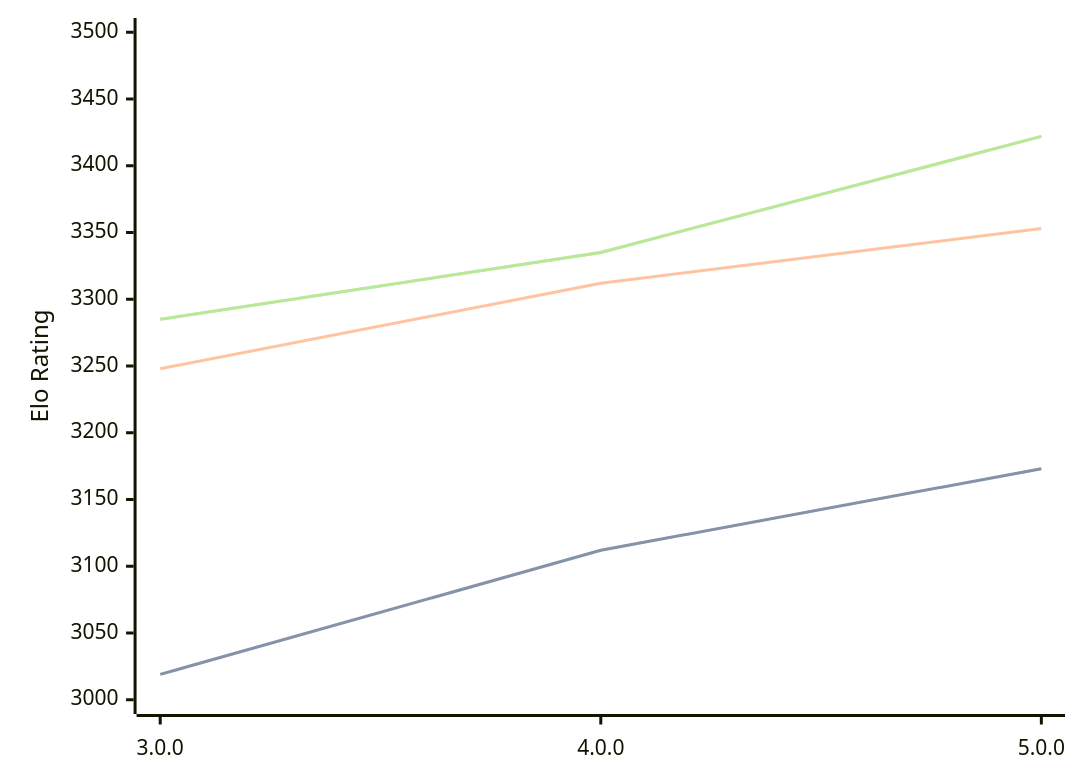
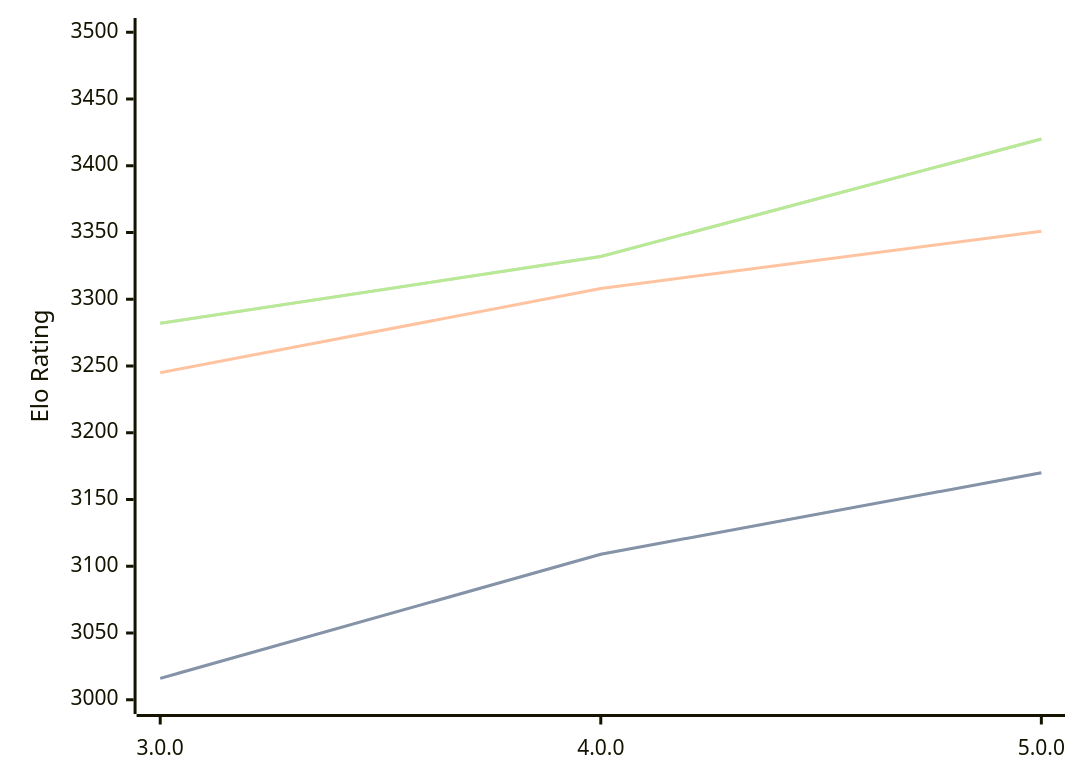
The diagram in engines/Minke.md (computer-chess-index/cci), drawn with Mermaid before and after one commit. The commit also changed other lines of this file, not shown here.

Commit message:
Update CCI Ratings (ELO VLTC) - 2026-04-23

````diff
--- a/engines/Minke.md
+++ b/engines/Minke.md
@@ -35,11 +35,11 @@
 ```mermaid
 %%{init: {"theme":"base","themeVariables":{"seriesColors:['#a3a3a3','#222221','#faa371']}}}%%
 xychart-beta
   x-axis ["3.0.0", "4.0.0", "5.0.0"]
   y-axis "Elo Rating" 3000 --> 3500
-  line "STC (8.0+0.08s)" [3019, 3112, 3173]
-  line "STC (8.0+0.08s)" [3019, 3112, 3173]
-  line "LTC (60.0+0.60s)" [3248, 3312, 3353]
-  line "VLTC (2m24s+1.12s)" [3285, 3335, 3422]
-  line "VLTC (2m24s+1.12s)" [3285, 3335, 3422]
+  line "STC (8.0+0.08s)" [3016, 3109, 3170]
+  line "STC (8.0+0.08s)" [3016, 3109, 3170]
+  line "LTC (60.0+0.60s)" [3245, 3308, 3351]
+  line "VLTC (2m24s+1.12s)" [3282, 3332, 3420]
+  line "VLTC (2m24s+1.12s)" [3282, 3332, 3420]
 ```
````
